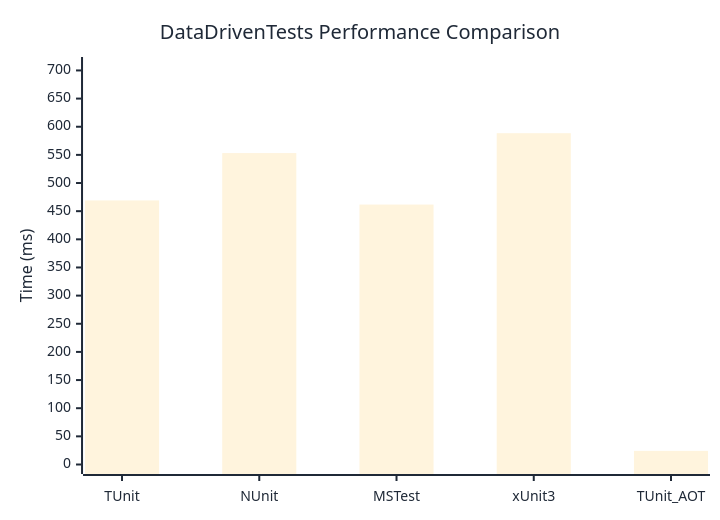
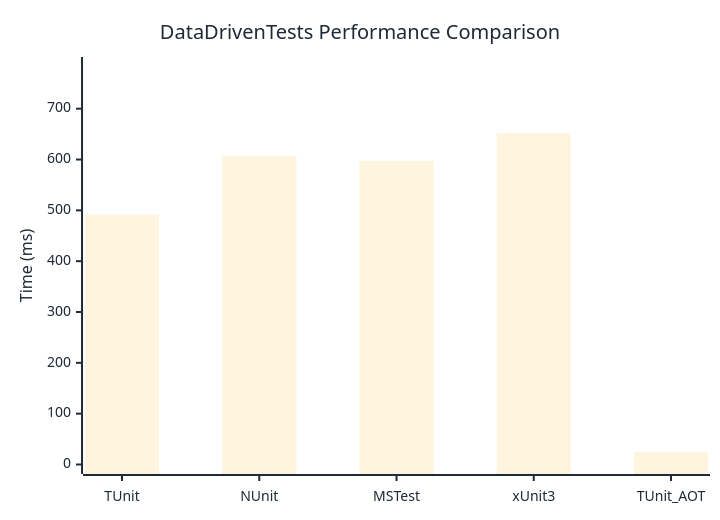
The diagram in docs/docs/benchmarks/DataDrivenTests.md (thomhurst/TUnit), drawn with Mermaid before and after one commit. The commit also changed other lines of this file and 17 other files, not shown here.

````diff
--- a/docs/docs/benchmarks/DataDrivenTests.md
+++ b/docs/docs/benchmarks/DataDrivenTests.md
@@ -27,37 +27,37 @@
 ```mermaid
 %%{init: {
   'theme':'base',
   'themeVariables': {
     'primaryColor': '#2563eb',
     'primaryTextColor': '#1f2937',
     'primaryBorderColor': '#1e40af',
     'lineColor': '#6b7280',
     'secondaryColor': '#7c3aed',
     'tertiaryColor': '#dc2626',
     'background': '#ffffff',
     'mainBkg': '#2563eb',
     'secondBkg': '#7c3aed',
     'tertiaryBkg': '#dc2626',
     'clusterBkg': '#f3f4f6',
     'edgeLabelBackground': '#ffffff',
     'tertiaryTextColor': '#1f2937',
     'pie1': '#2563eb',
     'pie2': '#7c3aed',
     'pie3': '#dc2626',
     'pie4': '#f59e0b',
     'pie5': '#10b981',
     'pie6': '#06b6d4',
     'pie7': '#ec4899',
     'pie8': '#6366f1',
     'pie9': '#84cc16',
     'pie10': '#f97316',
     'pie11': '#14b8a6',
     'pie12': '#a855f7'
   }
 }}%%
 xychart-beta
   title "DataDrivenTests Performance Comparison"
   x-axis ["TUnit", "NUnit", "MSTest", "xUnit3", "TUnit_AOT"]
-  y-axis "Time (ms)" 0 --> 707
-  bar [469.09, 553.19, 461.75, 588.54, 24.19]
+  y-axis "Time (ms)" 0 --> 783
+  bar [491.76, 607.71, 597.35, 651.92, 24.26]
 ```
````
